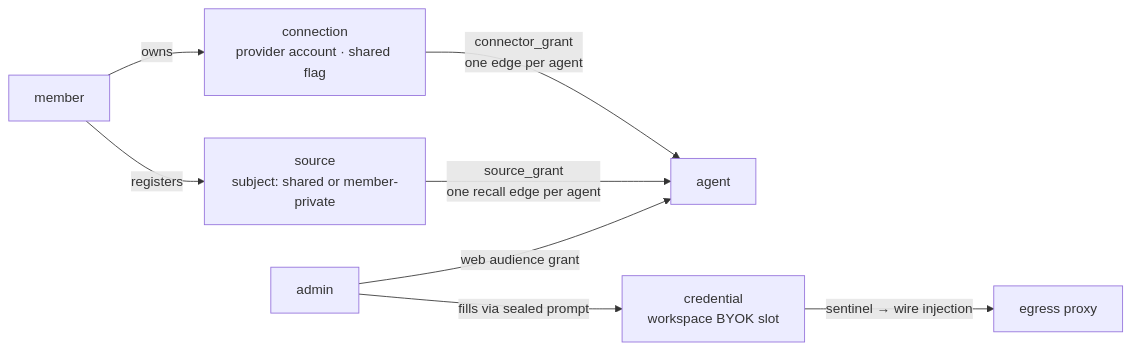
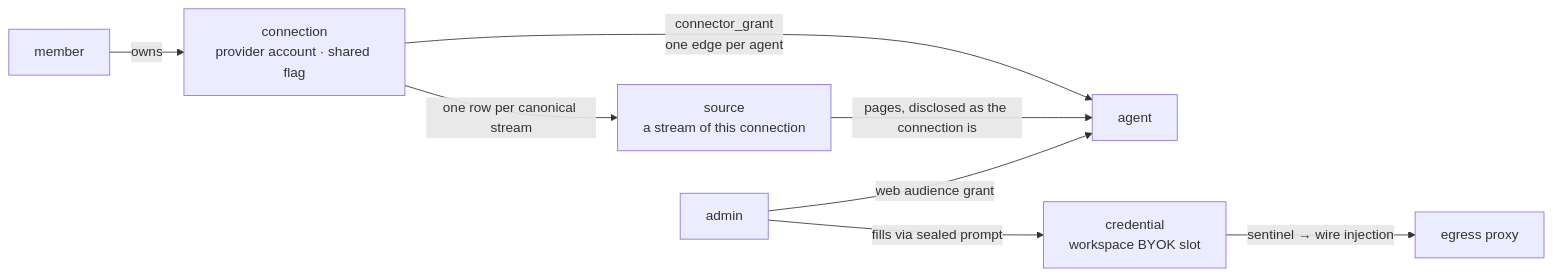
The fourth of 5 diagrams in docs/permissions.md (ufo-ai/ufo-core), drawn with Mermaid before and after one commit. The commit also changed other lines of this file and 207 other files, not shown here.

First line of the commit message:
one connection, its streams (#3151)

````diff
--- a/docs/permissions.md
+++ b/docs/permissions.md
@@ -290,10 +290,10 @@
 ```mermaid
 flowchart LR
     M["member"] -->|"owns"| CONN["connection<br/>provider account · shared flag"]
     CONN -->|"connector_grant<br/>one edge per agent"| AG["agent"]
-    M -->|"registers"| SRC["source<br/>subject: shared or member-private"]
-    SRC -->|"source_grant<br/>one recall edge per agent"| AG
+    CONN -->|"one row per canonical stream"| SRC["source<br/>a stream of this connection"]
+    SRC -->|"pages, disclosed as the connection is"| AG
     ADMIN["admin"] -->|"fills via sealed prompt"| CRED["credential<br/>workspace BYOK slot"]
     CRED -->|"sentinel → wire injection"| PROXY["egress proxy"]
     ADMIN -->|"web audience grant"| AG
 ```
````
